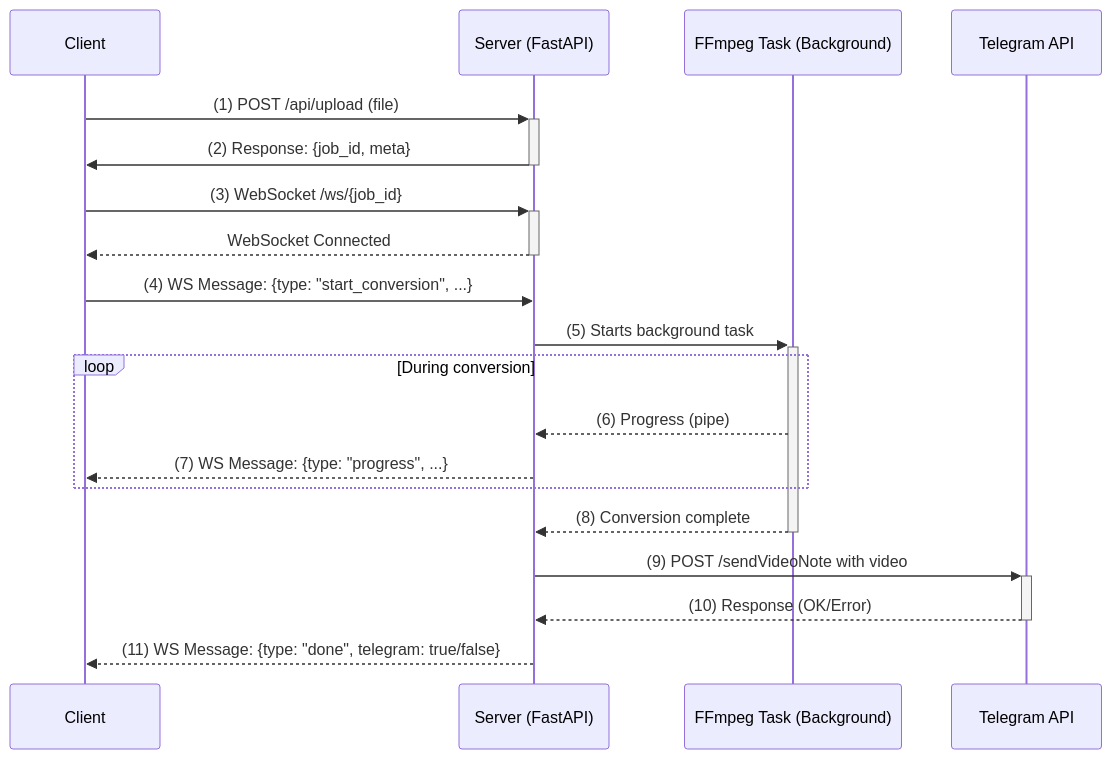
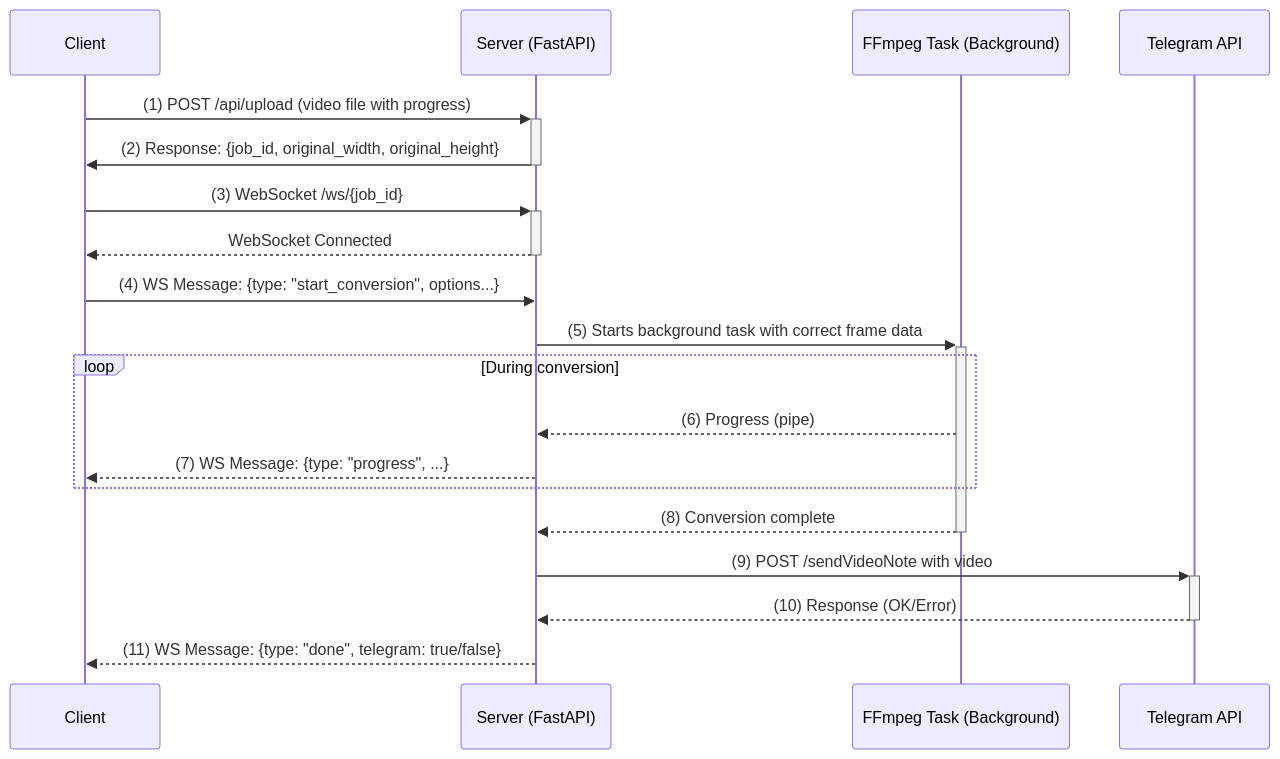
The diagram in README.md (fovendor/roundify-video-bot), drawn with Mermaid before and after one commit. The commit also changed other lines of this file and 5 other files, not shown here.

````diff
--- a/README.md
+++ b/README.md
@@ -32,22 +32,22 @@
 ```mermaid
 sequenceDiagram
     participant Client
     participant Server as Server (FastAPI)
     participant FFmpeg as FFmpeg Task (Background)
     participant Telegram as Telegram API
 
-    Client->>+Server: (1) POST /api/upload (file)
-    Server->>-Client: (2) Response: {job_id, meta}
+    Client->>+Server: (1) POST /api/upload (video file with progress)
+    Server->>-Client: (2) Response: {job_id, original_width, original_height}
     Client->>+Server: (3) WebSocket /ws/{job_id}
     Server-->>-Client: WebSocket Connected
-    Client->>Server: (4) WS Message: {type: "start_conversion", ...}
-    Server->>+FFmpeg: (5) Starts background task
+    Client->>Server: (4) WS Message: {type: "start_conversion", options...}
+    Server->>+FFmpeg: (5) Starts background task with correct frame data
     loop During conversion
         FFmpeg-->>Server: (6) Progress (pipe)
         Server-->>Client: (7) WS Message: {type: "progress", ...}
     end
     FFmpeg-->>-Server: (8) Conversion complete
     Server->>+Telegram: (9) POST /sendVideoNote with video
     Telegram-->>-Server: (10) Response (OK/Error)
     Server-->>Client: (11) WS Message: {type: "done", telegram: true/false}
 ```
````
